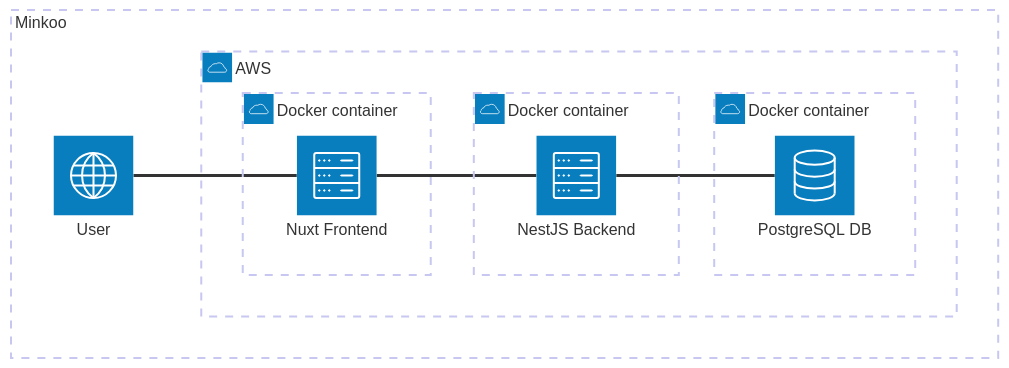
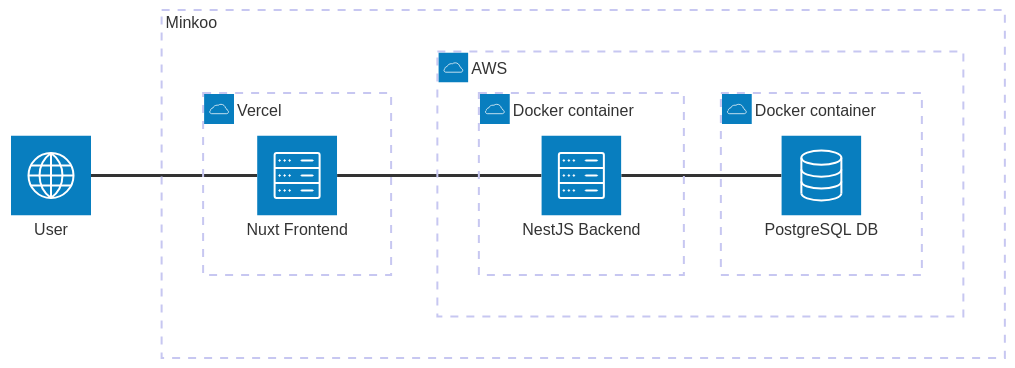
Before and after one commit to digivoro/minkoo: the diagram in README.md, drawn with Mermaid.

Commit message:
feat: update architecture overview

````diff
--- a/README.md
+++ b/README.md
@@ -5,19 +5,19 @@
 ```mermaid
 architecture-beta
   group minkoo[Minkoo]
 
-  service user(internet)[User] in minkoo
+  service user(internet)[User]
 
   group aws(cloud)[AWS] in minkoo
-  group docker_1(cloud)[Docker container] in aws
   group docker_2(cloud)[Docker container] in aws
   group docker_3(cloud)[Docker container] in aws
-
-  service front(server)[Nuxt Frontend] in docker_1
   service back(server)[NestJS Backend] in docker_2
   service db(database)[PostgreSQL DB] in docker_3
+
+  group vercel(cloud)[Vercel] in minkoo
+  service front(server)[Nuxt Frontend] in vercel
 
   front:L -- R:user
   back:L -- R:front
   db:L -- R:back
 ```
````
